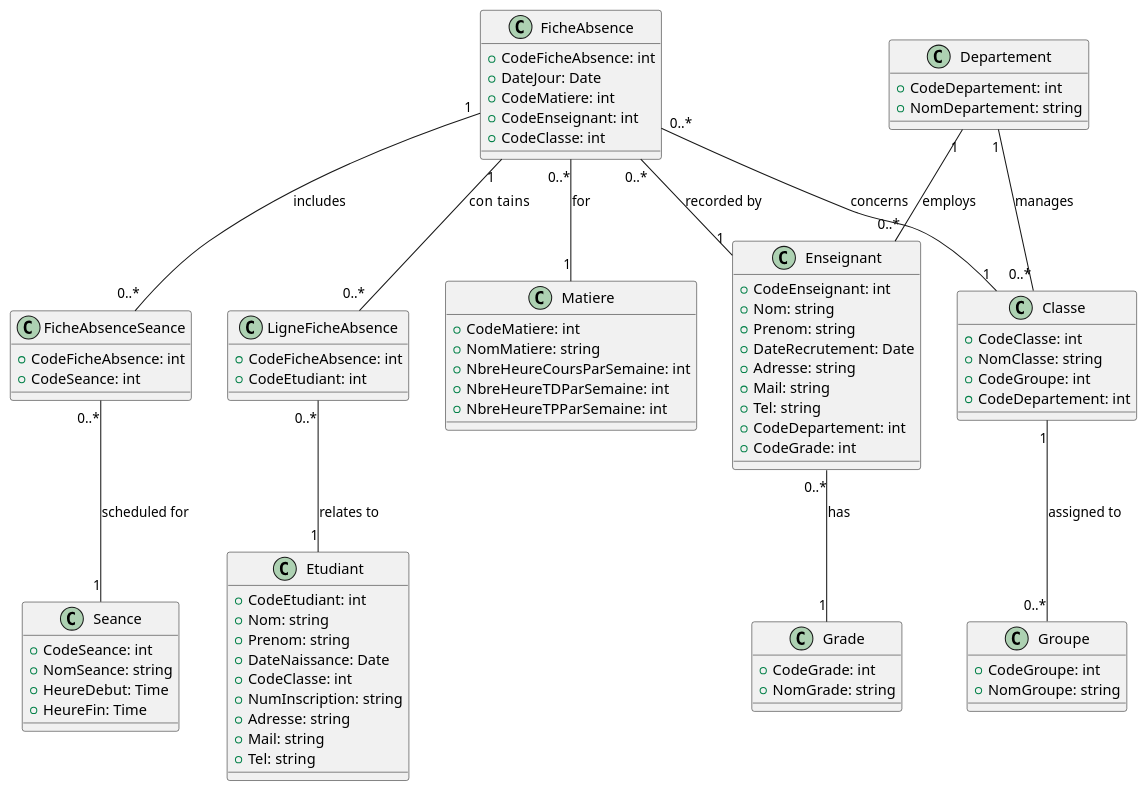
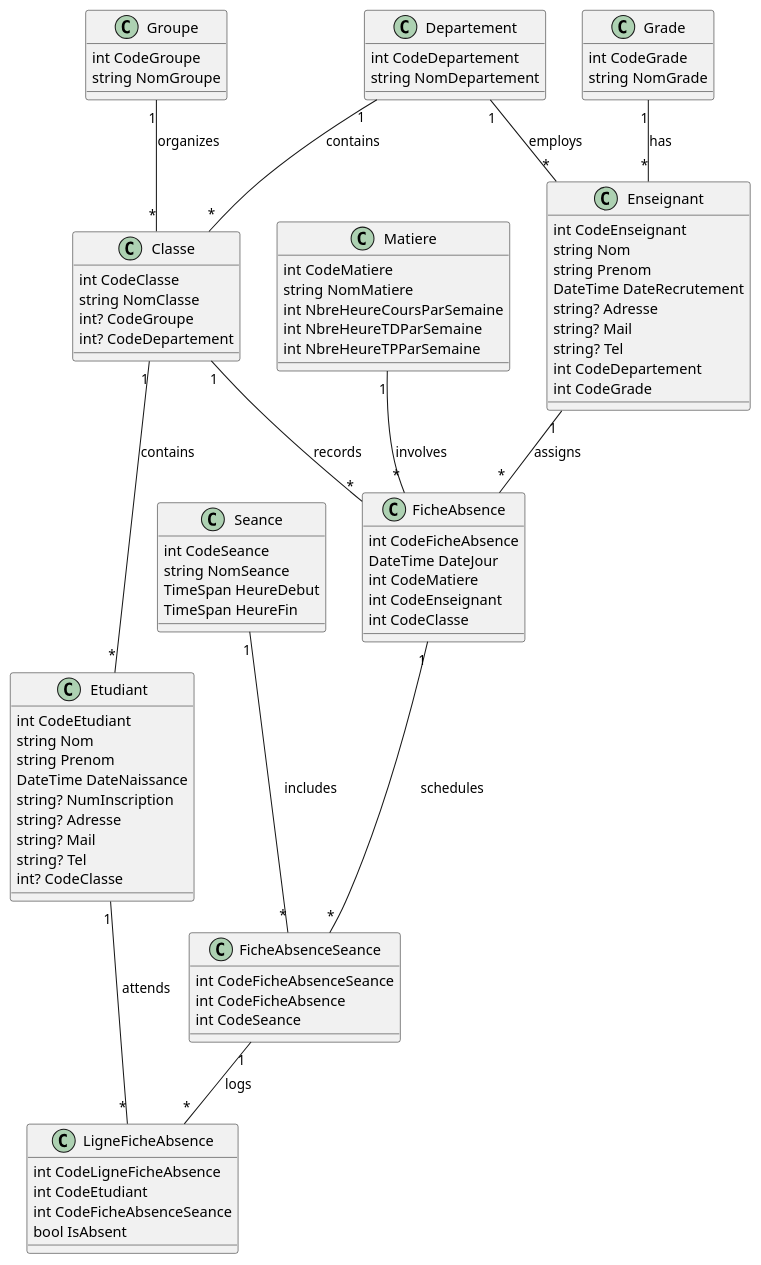
Before and after one commit to Mk-1000/ClassCheck: the diagram in classdiagram.plantuml, drawn with PlantUML. The commit also changed 8 other files, not shown here.

```diff
--- a/classdiagram.plantuml
+++ b/classdiagram.plantuml
@@ -1,94 +1,107 @@
 @startuml
 
 class Classe {
-  + CodeClasse: int
-  + NomClasse: string
-  + CodeGroupe: int
-  + CodeDepartement: int
+    int CodeClasse
+    string NomClasse
+    int? CodeGroupe
+    int? CodeDepartement
+    }
+    
+class Departement {
+    int CodeDepartement
+    string NomDepartement
+}
+
+class Groupe {
+    int CodeGroupe
+    string NomGroupe
+}
+
+class Enseignant {
+    int CodeEnseignant
+    string Nom
+    string Prenom
+    DateTime DateRecrutement
+    string? Adresse
+    string? Mail
+    string? Tel
+    int CodeDepartement
+    int CodeGrade
+}
+
+class Etudiant {
+    int CodeEtudiant
+    string Nom
+    string Prenom
+    DateTime DateNaissance
+    string? NumInscription
+    string? Adresse
+    string? Mail
+    string? Tel
+    int? CodeClasse
+}
+
+class FicheAbsence {
+    int CodeFicheAbsence
+    DateTime DateJour
+    int CodeMatiere
+    int CodeEnseignant
+    int CodeClasse
+}
+
+class FicheAbsenceSeance {
+    int CodeFicheAbsenceSeance
+    int CodeFicheAbsence
+    int CodeSeance
+}
+
+class Grade {
+    int CodeGrade
+    string NomGrade
+}
+
+class LigneFicheAbsence {
+    int CodeLigneFicheAbsence
+    int CodeEtudiant
+    int CodeFicheAbsenceSeance
+    bool IsAbsent
 }
 
 class Matiere {
-  + CodeMatiere: int
-  + NomMatiere: string
-  + NbreHeureCoursParSemaine: int
-  + NbreHeureTDParSemaine: int
-  + NbreHeureTPParSemaine: int
+    int CodeMatiere
+    string NomMatiere
+    int NbreHeureCoursParSemaine
+    int NbreHeureTDParSemaine
+    int NbreHeureTPParSemaine
 }
 
 class Seance {
-  + CodeSeance: int
-  + NomSeance: string
-  + HeureDebut: Time
-  + HeureFin: Time
+    int CodeSeance
+    string NomSeance
+    TimeSpan HeureDebut
+    TimeSpan HeureFin
 }
 
-class Groupe {
-  + CodeGroupe: int
-  + NomGroupe: string
-}
+Departement "1" -- "*" Classe : contains
+Departement "1" -- "*" Enseignant : employs
 
-class FicheAbsence {
-  + CodeFicheAbsence: int
-  + DateJour: Date
-  + CodeMatiere: int
-  + CodeEnseignant: int
-  + CodeClasse: int
-}
+Groupe "1" -- "*" Classe : organizes
 
-class FicheAbsenceSeance {
-  + CodeFicheAbsence: int
-  + CodeSeance: int
-}
+Classe "1" -- "*" Etudiant : contains
+Classe "1" -- "*" FicheAbsence : records
 
-class LigneFicheAbsence {
-  + CodeFicheAbsence: int
-  + CodeEtudiant: int
-}
+Enseignant "1" -- "*" FicheAbsence : assigns
 
-class Departement {
-  + CodeDepartement: int
-  + NomDepartement: string
-}
+FicheAbsence "1" -- "*" FicheAbsenceSeance : schedules
 
-class Grade {
-  + CodeGrade: int
-  + NomGrade: string
-}
+FicheAbsenceSeance "1" -- "*" LigneFicheAbsence : logs
 
-class Enseignant {
-  + CodeEnseignant: int
-  + Nom: string
-  + Prenom: string
-  + DateRecrutement: Date
-  + Adresse: string
-  + Mail: string
-  + Tel: string
-  + CodeDepartement: int
-  + CodeGrade: int
-}
+Etudiant "1" -- "*" LigneFicheAbsence : attends
 
-class Etudiant {
-  + CodeEtudiant: int
-  + Nom: string
-  + Prenom: string
-  + DateNaissance: Date
-  + CodeClasse: int
-  + NumInscription: string
-  + Adresse: string
-  + Mail: string
-  + Tel: string
-}
+Grade "1" -- "*" Enseignant : has
 
-Departement "1" -- "0..*" Classe : manages
-Departement "1" -- "0..*" Enseignant : employs
-Classe "1" -- "0..*" Groupe : assigned to
-FicheAbsence "1" -- "0..*" FicheAbsenceSeance : includes
-FicheAbsence "1" -- "0..*" LigneFicheAbsence : con  tains
-FicheAbsence "0..*" -- "1" Classe : concerns
-FicheAbsence "0..*" -- "1" Matiere : for
-FicheAbsence "0..*" -- "1" Enseignant : recorded by
-FicheAbsenceSeance "0..*" -- "1" Seance : scheduled for
-LigneFicheAbsence "0..*" -- "1" Etudiant : relates to
-Enseignant "0..*" -- "1" Grade : has
+Matiere "1" -- "*" FicheAbsence : involves
+
+Seance "1" -- "*" FicheAbsenceSeance : includes
 
 @enduml
```
